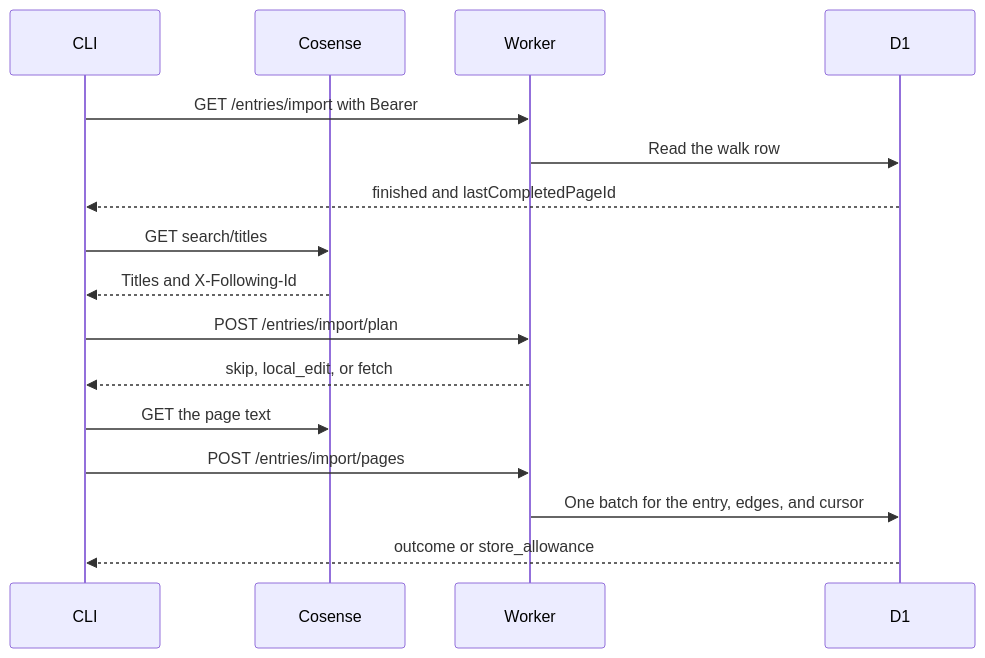
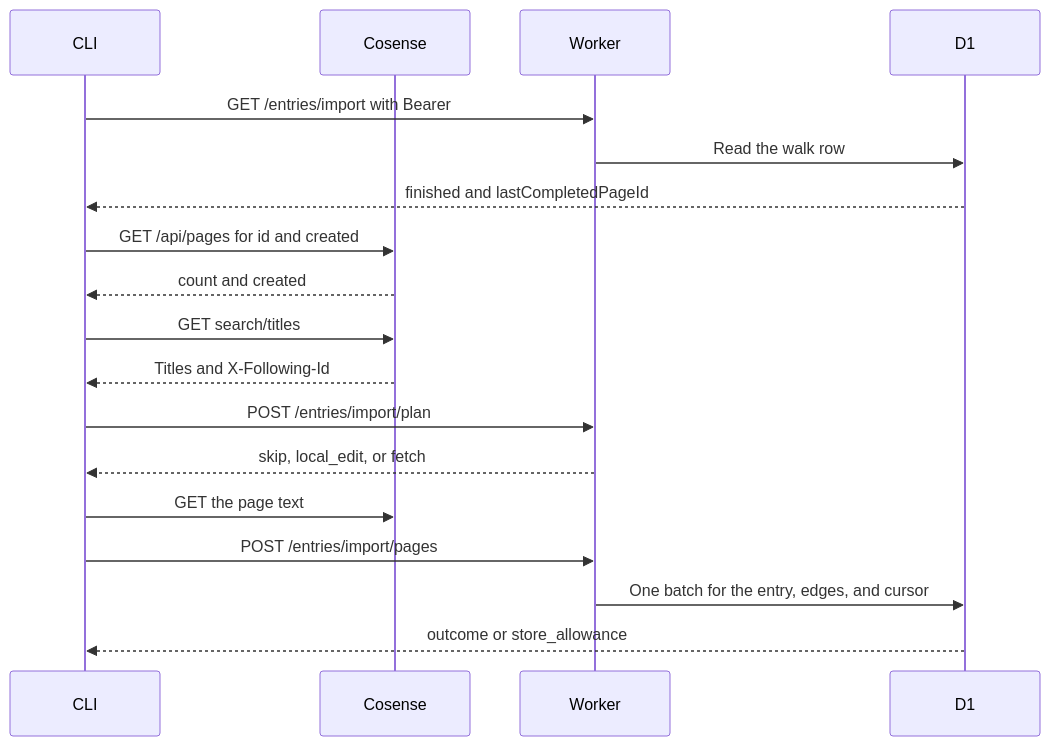
One commit to yamanoku/weblog changed the diagram in docs/products/weblog/features/cosense-import/design.md. Above: the diagram before and after it, drawn with Mermaid. The commit also changed other lines of this file and 5 other files, not shown here.

First line of the commit message:
Limit Cosense import to the pages listed on 2026-11-03.

````diff
--- a/docs/products/weblog/features/cosense-import/design.md
+++ b/docs/products/weblog/features/cosense-import/design.md
@@ -116,18 +122,20 @@
 ```mermaid
 sequenceDiagram
   participant CLI as CLI
   participant Cosense as Cosense
   participant Worker as Worker
   participant D1 as D1
   CLI->>Worker: GET /entries/import with Bearer
   Worker->>D1: Read the walk row
   D1-->>CLI: finished and lastCompletedPageId
+  CLI->>Cosense: GET /api/pages for id and created
+  Cosense-->>CLI: count and created
   CLI->>Cosense: GET search/titles
   Cosense-->>CLI: Titles and X-Following-Id
   CLI->>Worker: POST /entries/import/plan
   Worker-->>CLI: skip, local_edit, or fetch
   CLI->>Cosense: GET the page text
   CLI->>Worker: POST /entries/import/pages
   Worker->>D1: One batch for the entry, edges, and cursor
   D1-->>CLI: outcome or store_allowance
 ```
````
